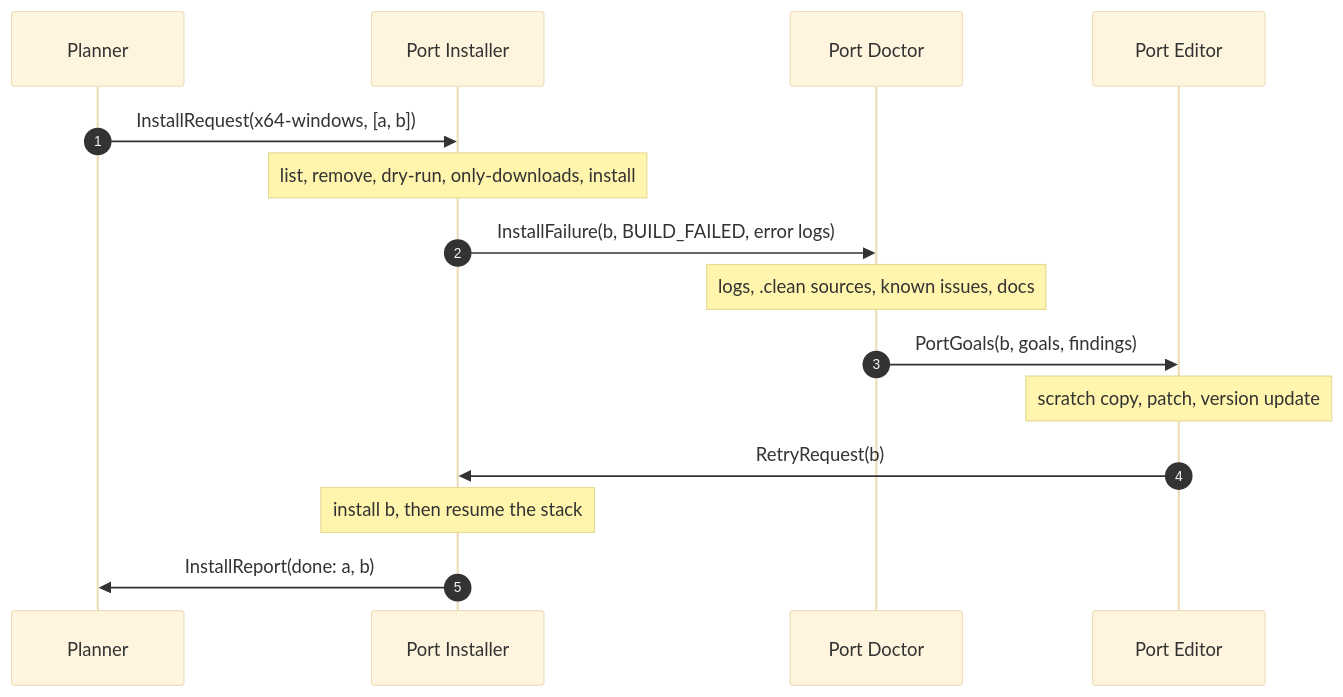
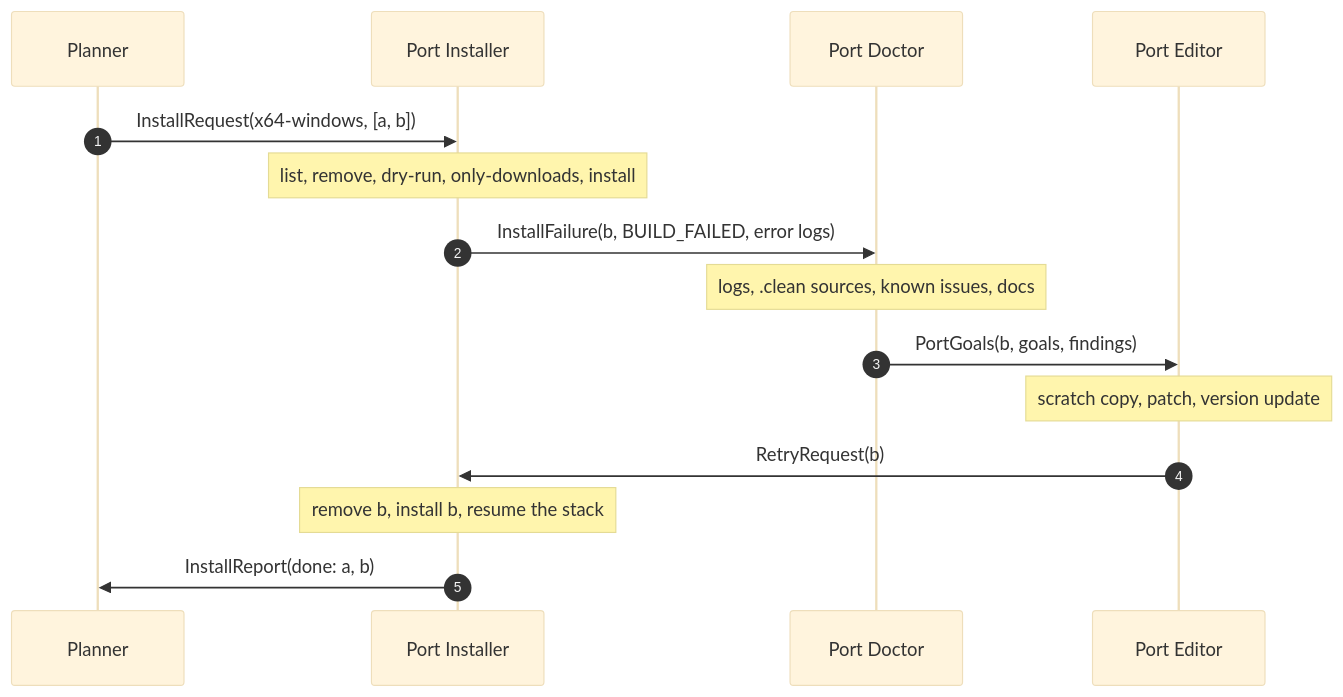
One commit to luncliff/vcpkg-registry changed the seventh of 9 diagrams in vcpkg-agents-specifications.md. Above: the diagram before and after it, drawn with Mermaid (base theme). The commit also changed other lines of this file and 1 other file, not shown here.

````diff
--- a/vcpkg-agents-specifications.md
+++ b/vcpkg-agents-specifications.md
@@ -354,17 +796,17 @@
 ```mermaid
 sequenceDiagram
     autonumber
     participant P as Planner
     participant PI as Port Installer
     participant PD as Port Doctor
     participant PE as Port Editor
     P->>PI: InstallRequest(x64-windows, [a, b])
     Note over PI: list, remove, dry-run, only-downloads, install
     PI->>PD: InstallFailure(b, BUILD_FAILED, error logs)
     Note over PD: logs, .clean sources, known issues, docs
     PD->>PE: PortGoals(b, goals, findings)
     Note over PE: scratch copy, patch, version update
     PE->>PI: RetryRequest(b)
-    Note over PI: install b, then resume the stack
+    Note over PI: remove b, install b, resume the stack
     PI->>P: InstallReport(done: a, b)
 ```
````
